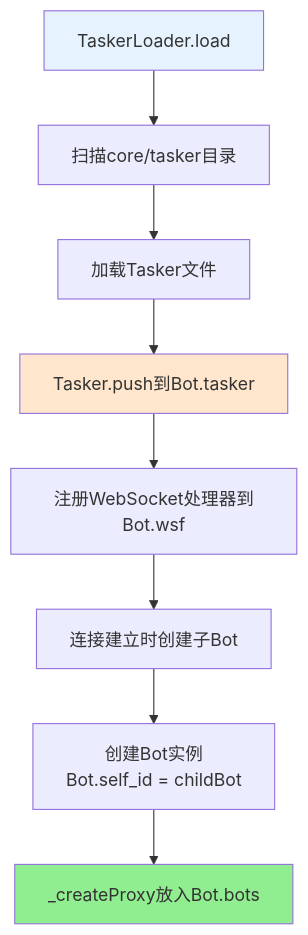
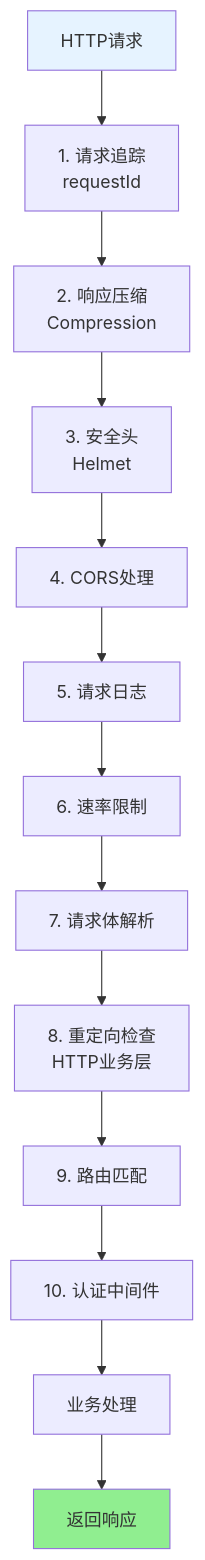
The eighth of 12 diagrams in docs/bot.md (sunflowermm/XRK-AGT), drawn with Mermaid before and after one commit. The commit also changed other lines of this file and 5 other files, not shown here.

````diff
--- a/docs/bot.md
+++ b/docs/bot.md
@@ -195,14 +411,18 @@
 ```mermaid
-flowchart TB
-    A["TaskerLoader.load"] --> B["扫描core/tasker目录"]
-    B --> C["加载Tasker文件"]
-    C --> D["Tasker.push到Bot.tasker"]
-    D --> E["注册WebSocket处理器到Bot.wsf"]
-    E --> F["连接建立时创建子Bot"]
-    F --> G["创建Bot实例<br/>Bot.self_id = childBot"]
-    G --> H["_createProxy放入Bot.bots"]
+flowchart TD
+    Request["HTTP请求"] --> Track["1. 请求追踪<br/>requestId"]
+    Track --> Compress["2. 响应压缩<br/>Compression"]
+    Compress --> Helmet["3. 安全头<br/>Helmet"]
+    Helmet --> CORS["4. CORS处理"]
+    CORS --> Log["5. 请求日志"]
+    Log --> RateLimit["6. 速率限制"]
+    RateLimit --> BodyParser["7. 请求体解析"]
+    BodyParser --> Redirect["8. 重定向检查<br/>HTTP业务层"]
+    Redirect --> Route["9. 路由匹配"]
+    Route --> Auth["10. 认证中间件"]
+    Auth --> Handler["业务处理"]
+    Handler --> Response["返回响应"]
     
-    style A fill:#E6F3FF
-    style D fill:#FFE6CC
-    style H fill:#90EE90
+    style Request fill:#E6F3FF
+    style Response fill:#90EE90
 ```
````
